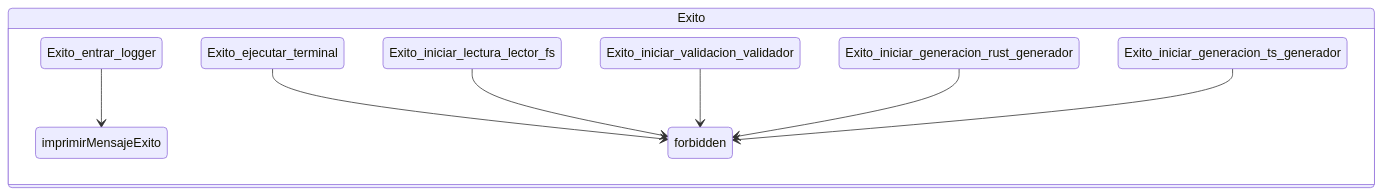
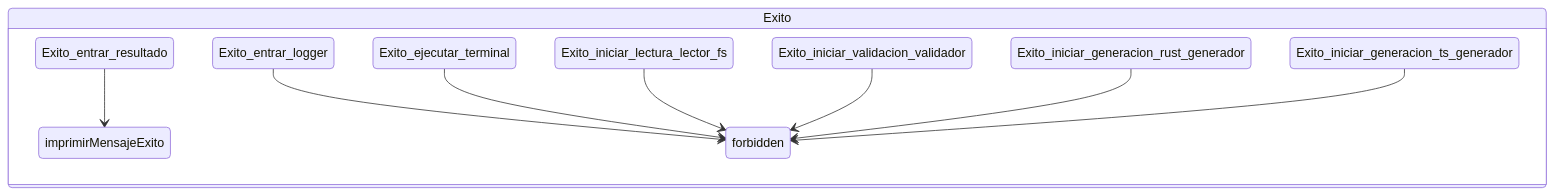
Before and after one commit to cepeche/Trenza-DSL: the seventh of 8 diagrams in spec/reference/trenza-cli/generated/CLI_Trenza_viz.md, drawn with Mermaid. The commit also changed other lines of this file and 11 other files, not shown here.

````diff
--- a/spec/reference/trenza-cli/generated/CLI_Trenza_viz.md
+++ b/spec/reference/trenza-cli/generated/CLI_Trenza_viz.md
@@ -106,13 +111,14 @@
 ```mermaid
 stateDiagram-v2
 
     state Exito {
-        Exito_entrar_logger --> imprimirMensajeExito
+        Exito_entrar_resultado --> imprimirMensajeExito
+        Exito_entrar_logger --> forbidden
         Exito_ejecutar_terminal --> forbidden
         Exito_iniciar_lectura_lector_fs --> forbidden
         Exito_iniciar_validacion_validador --> forbidden
         Exito_iniciar_generacion_rust_generador --> forbidden
         Exito_iniciar_generacion_ts_generador --> forbidden
     }
 
 ```
````
